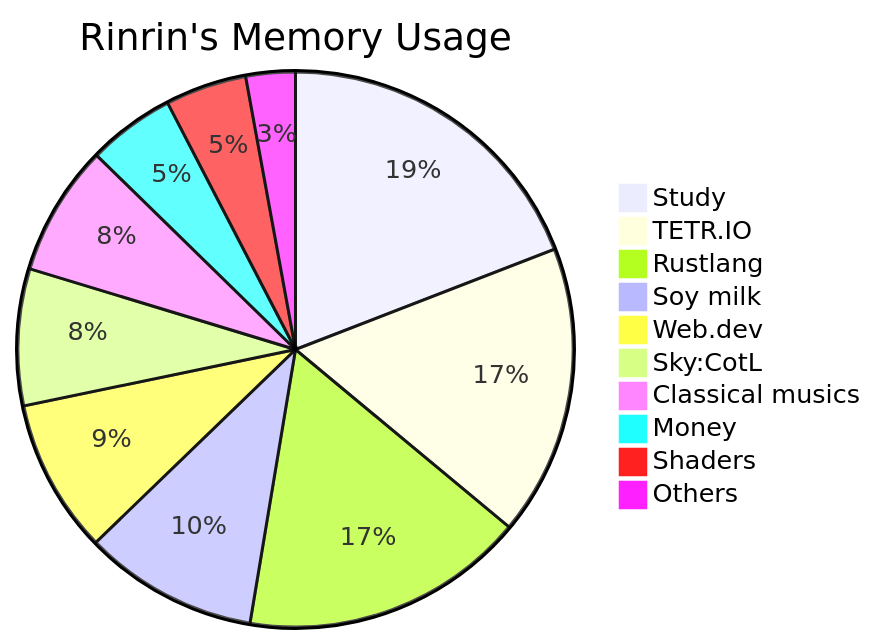
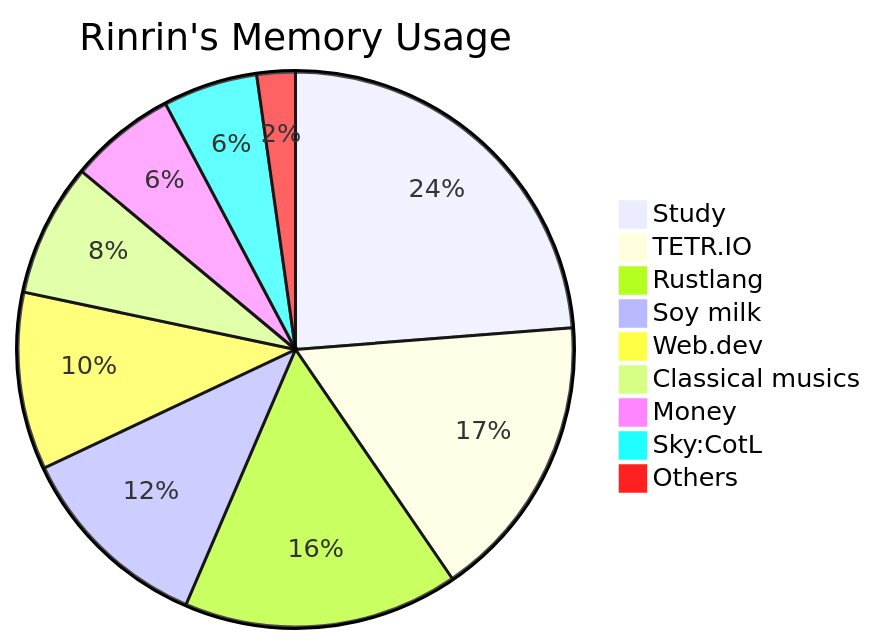
One commit to Rinrin0413/Rinrin0413 changed the diagram in README.md. Above: the diagram before and after it, drawn with Mermaid. The commit also changed other lines of this file, not shown here.

Commit message:
Update:Rinrin's Memory Usage / section `Major activities`

````diff
--- a/README.md
+++ b/README.md
@@ -74,13 +75,12 @@
 ```mermaid
 pie title Rinrin's Memory Usage
-    "Study": 113
-    "TETR.IO": 100
-    "Rustlang": 98
-    "Soy milk": 60
-    "Web.dev": 53
-    "Sky:CotL": 47
+    "Study": 138
+    "TETR.IO": 97
+    "Rustlang": 93
+    "Soy milk": 67
+    "Web.dev": 60
     "Classical musics": 45
-    "Money": 30
-    "Shaders": 28
-    "Others": 17
+    "Money": 36
+    "Sky:CotL": 32
+    "Others": 13
 ```
````
